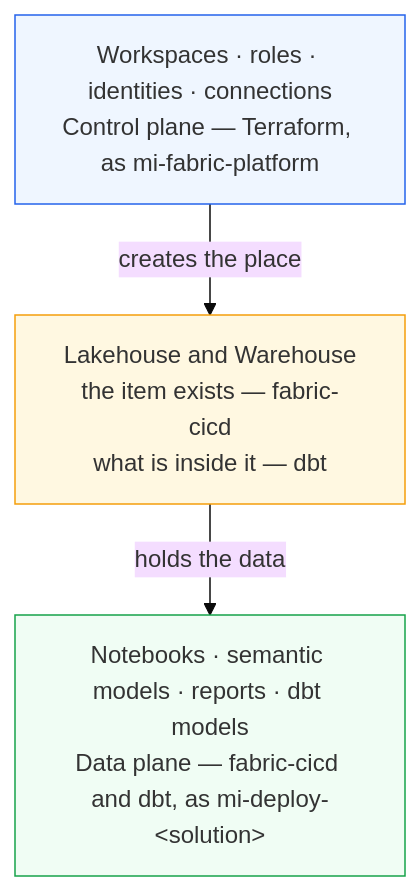
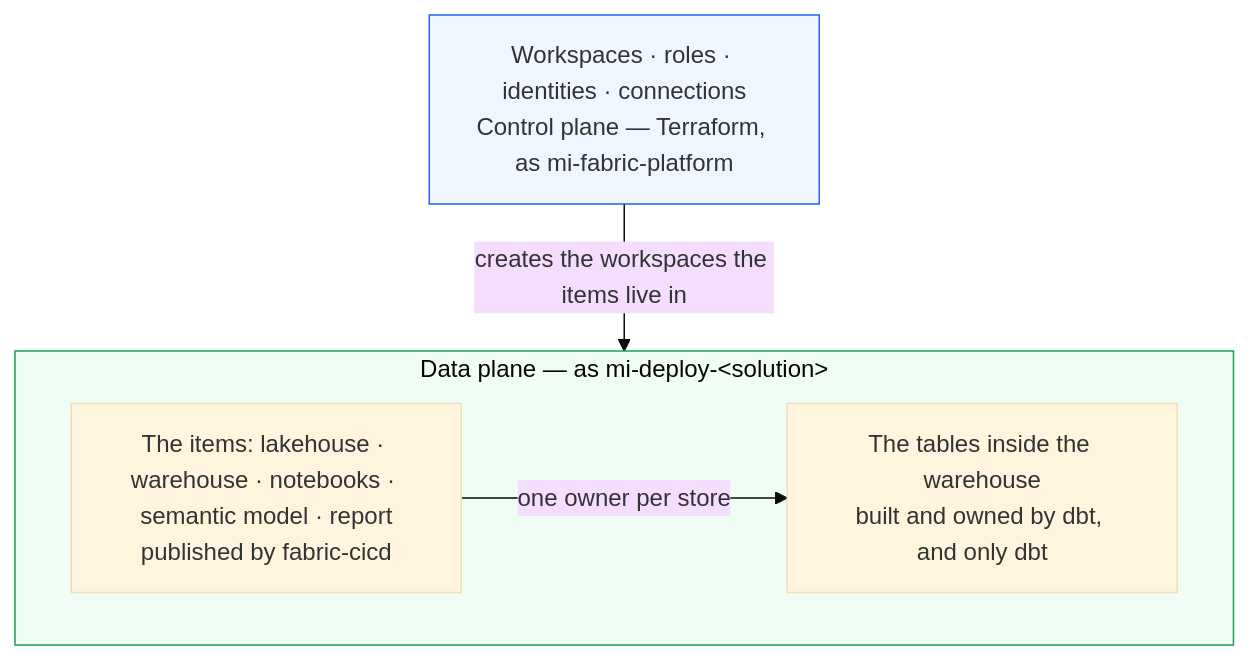
The first of 2 diagrams in README.md (markadams31/fabric-dataops-blueprint), drawn with Mermaid (base theme) before and after one commit. The commit also changed other lines of this file and 1 other file, not shown here.

First line of the commit message:
Two planes, not three — and why Terraform stays out of the warehouse (#55)

````diff
--- a/README.md
+++ b/README.md
@@ -60,11 +59,12 @@
 ```mermaid
 flowchart TB
     CP["Workspaces · roles · identities · connections<br/>Control plane — Terraform, as mi-fabric-platform"]
-    ST["Lakehouse and Warehouse<br/>the item exists — fabric-cicd<br/>what is inside it — dbt"]
-    DP["Notebooks · semantic models · reports · dbt models<br/>Data plane — fabric-cicd and dbt, as mi-deploy-#60;solution#62;"]
-    CP -->|"creates the place"| ST
-    ST -->|"holds the data"| DP
+    subgraph DP ["Data plane — as mi-deploy-#60;solution#62;"]
+        I["The items: lakehouse · warehouse · notebooks · semantic model · report<br/>published by fabric-cicd"]
+        T["The tables inside the warehouse<br/>built and owned by dbt, and only dbt"]
+    end
+    CP -->|"creates the workspaces the items live in"| DP
+    I -->|"one owner per store"| T
     style CP fill:#eff6ff,stroke:#2563eb
-    style ST fill:#fff8e1,stroke:#f59e0b
     style DP fill:#f0fdf4,stroke:#16a34a
 ```
````
